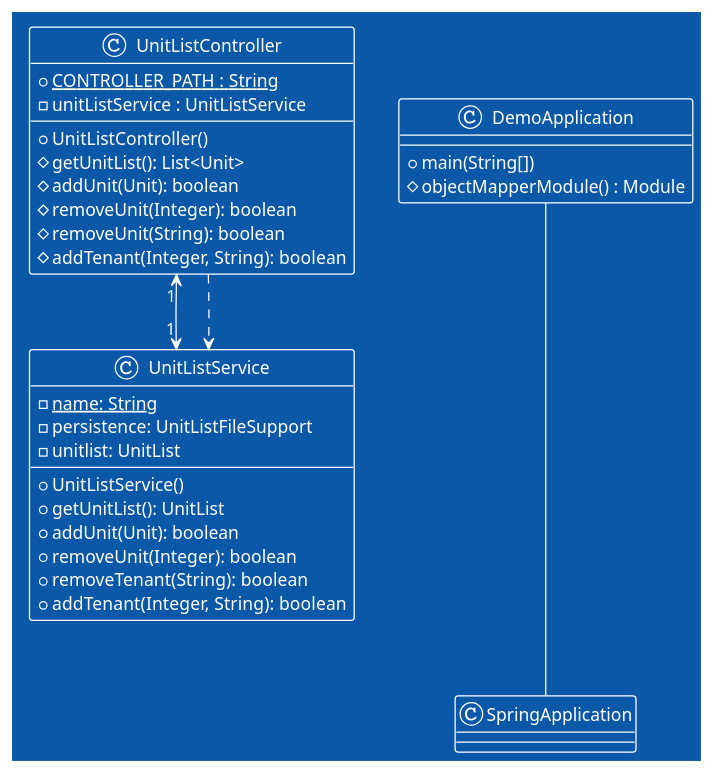
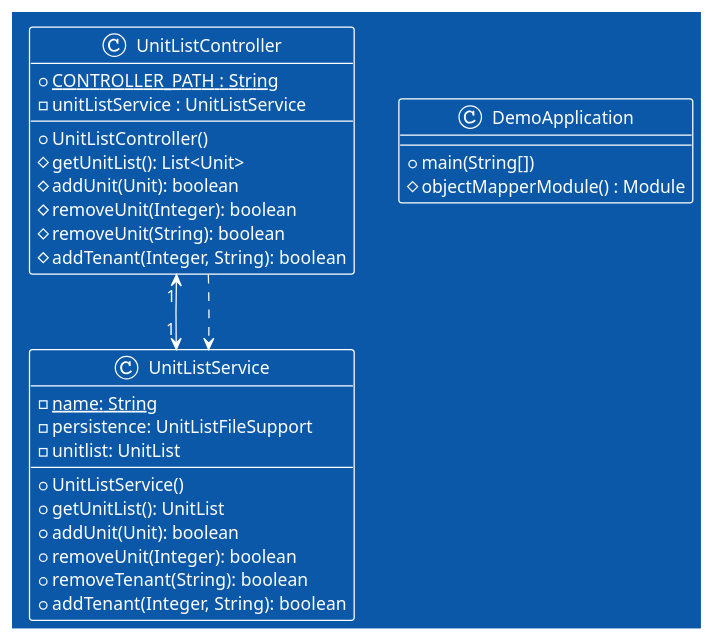
The diagram in gr2232/docs/release2/rest uml.puml (YounesBB/Storage_Rental), drawn with PlantUML before and after one commit. The commit also changed 2 other files, not shown here.

Commit message:
docs: wrote diagrams
updated diagrams and added rest class diagram

closes #63

```diff
--- a/gr2232/docs/release2/rest uml.puml
+++ b/gr2232/docs/release2/rest uml.puml
@@ -1,42 +1,37 @@
 @startuml
 !theme amiga
 
 UnitListController "1"<-->"1" UnitListService
 UnitListController ..> UnitListService
-DemoApplication --- SpringApplication
 
 class UnitListController{
   +CONTROLLER_PATH : String {static}
   -unitListService : UnitListService 
 
   +UnitListController()
   #getUnitList(): List<Unit> 
   #addUnit(Unit): boolean
   #removeUnit(Integer): boolean
   #removeUnit(String): boolean
   #addTenant(Integer, String): boolean
 }
 
 class UnitListService{
   -name: String {static}
   -persistence: UnitListFileSupport
   -unitlist: UnitList
 
   +UnitListService()
   +getUnitList(): UnitList
   +addUnit(Unit): boolean
   +removeUnit(Integer): boolean
   +removeTenant(String): boolean
   +addTenant(Integer, String): boolean
 }
 
 class DemoApplication{
   +main(String[])
   #objectMapperModule() : Module
 }
 
-class SpringApplication{
-
-}
-
 @enduml
```
